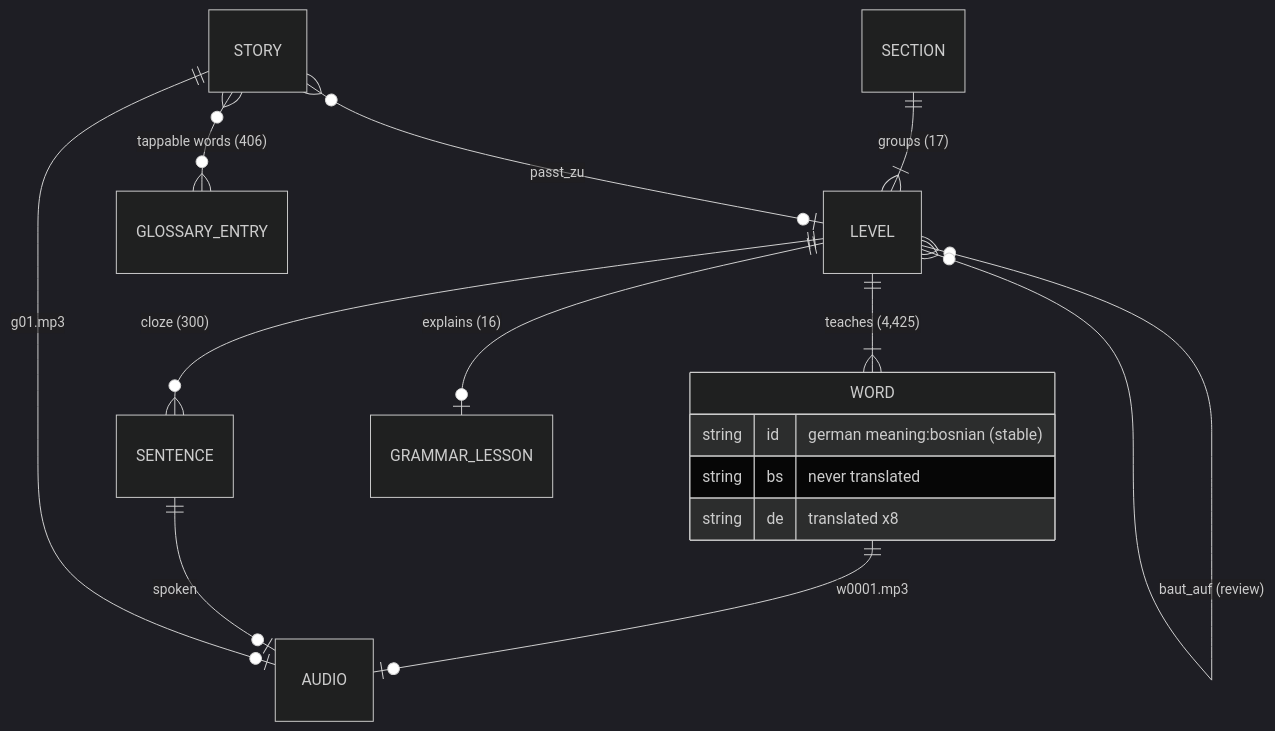
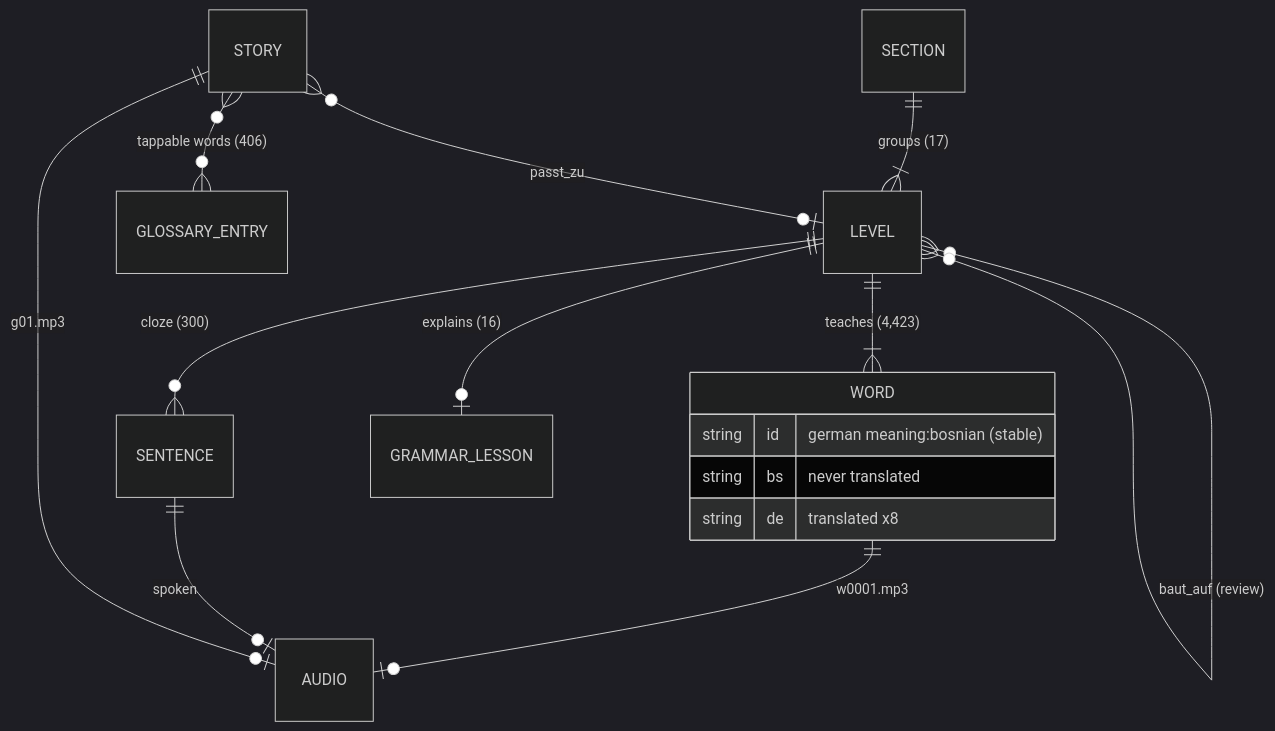
The second of 3 diagrams in docs/ARCHITECTURE.md (zmaj-lernapp/zmaj), drawn with Mermaid (dark theme) before and after one commit. The commit also changed 47 other files, not shown here.

````diff
--- a/docs/ARCHITECTURE.md
+++ b/docs/ARCHITECTURE.md
@@ -54,18 +54,18 @@
 ```mermaid
 erDiagram
   SECTION ||--|{ LEVEL : "groups (17)"
-  LEVEL ||--|{ WORD : "teaches (4,425)"
+  LEVEL ||--|{ WORD : "teaches (4,423)"
   LEVEL ||--o{ SENTENCE : "cloze (300)"
   LEVEL ||--o| GRAMMAR_LESSON : "explains (16)"
   LEVEL }o--o{ LEVEL : "baut_auf (review)"
   STORY }o--o| LEVEL : "passt_zu"
   STORY }o--o{ GLOSSARY_ENTRY : "tappable words (406)"
   WORD ||--o| AUDIO : "w0001.mp3"
   SENTENCE ||--o| AUDIO : "spoken"
   STORY ||--o| AUDIO : "g01.mp3"
   WORD {
     string id "german meaning:bosnian (stable)"
     string bs "never translated"
     string de "translated x8"
   }
 ```
````
